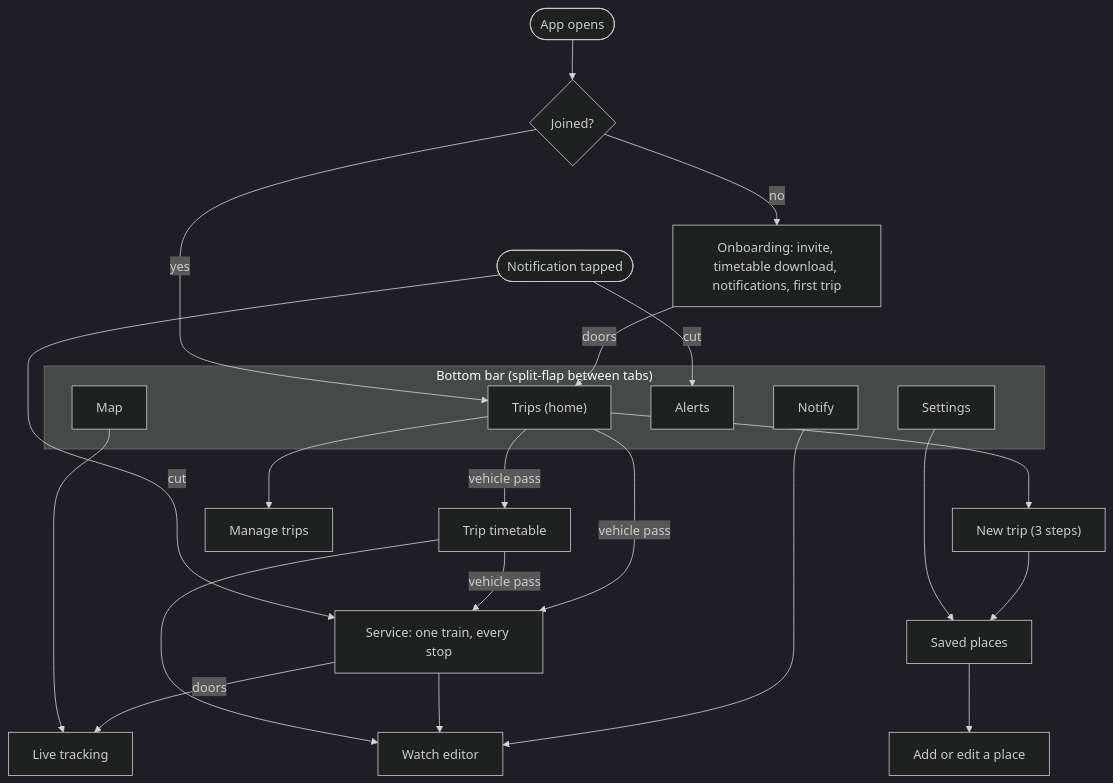
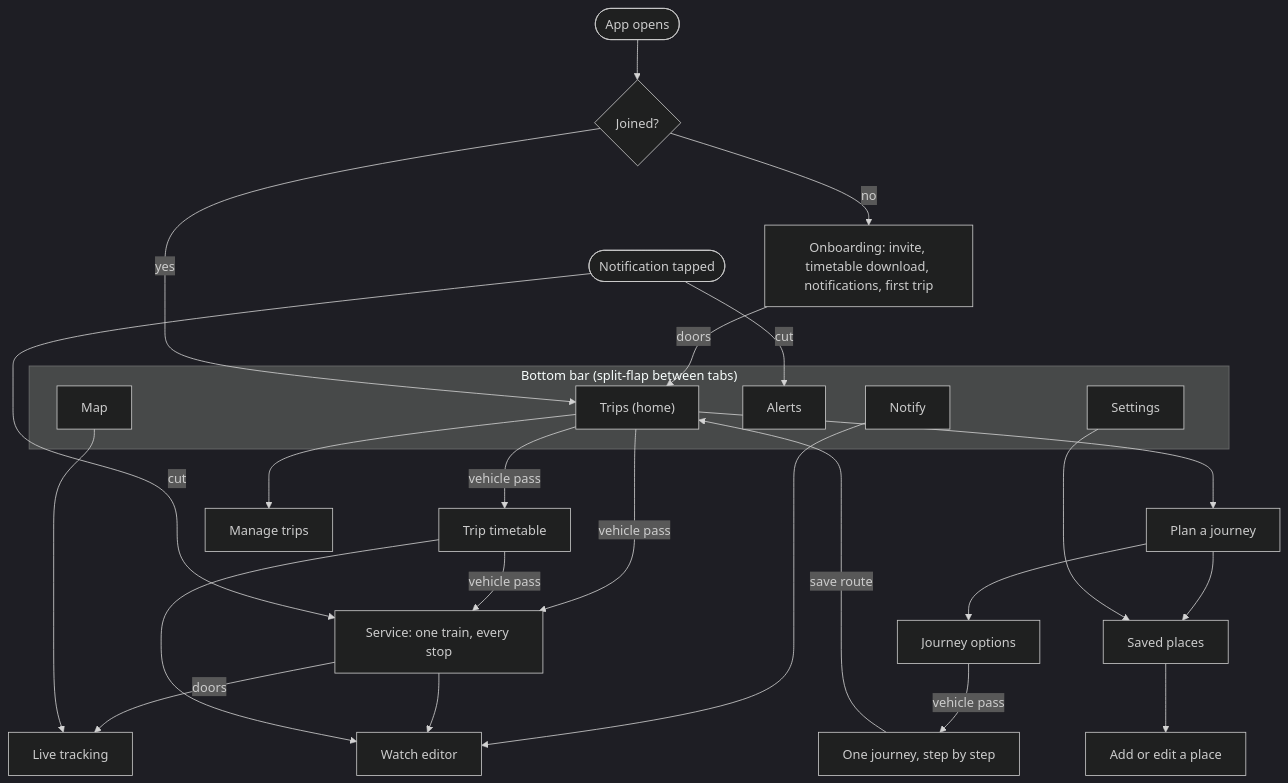
One commit to finnjones/TransitTracker changed the diagram in docs/transittracker-frontend-plan.md. Above: the diagram before and after it, drawn with Mermaid (dark theme). The commit also changed other lines of this file and 3 other files, not shown here.

First line of the commit message:
Front-end plan: journey planning from A to B

````diff
--- a/docs/transittracker-frontend-plan.md
+++ b/docs/transittracker-frontend-plan.md
@@ -389,29 +402,32 @@
 ```mermaid
 flowchart TB
   Open(["App opens"]) --> J{"Joined?"}
   J -- no --> Onb["Onboarding: invite, timetable download, notifications, first trip"]
   Onb -- doors --> Trips
   J -- yes --> Trips
   subgraph Bar["Bottom bar (split-flap between tabs)"]
     Trips["Trips (home)"]
     Map["Map"]
     Alerts["Alerts"]
     Notify["Notify"]
     Settings["Settings"]
   end
   Trips -- vehicle pass --> Timetable["Trip timetable"]
   Trips -- vehicle pass --> Service["Service: one train, every stop"]
   Timetable -- vehicle pass --> Service
   Service -- doors --> Track["Live tracking"]
   Map --> Track
-  Trips --> NewTrip["New trip (3 steps)"]
-  NewTrip --> Places["Saved places"]
+  Trips --> Plan["Plan a journey"]
+  Plan --> Options["Journey options"]
+  Options -- vehicle pass --> Journey["One journey, step by step"]
+  Journey -- save route --> Trips
+  Plan --> Places["Saved places"]
   Settings --> Places
   Places --> AddPlace["Add or edit a place"]
   Trips --> Manage["Manage trips"]
   Notify --> Watch["Watch editor"]
   Service --> Watch
   Timetable --> Watch
   Push(["Notification tapped"]) -- cut --> Service
   Push -- cut --> Alerts
 ```
````
